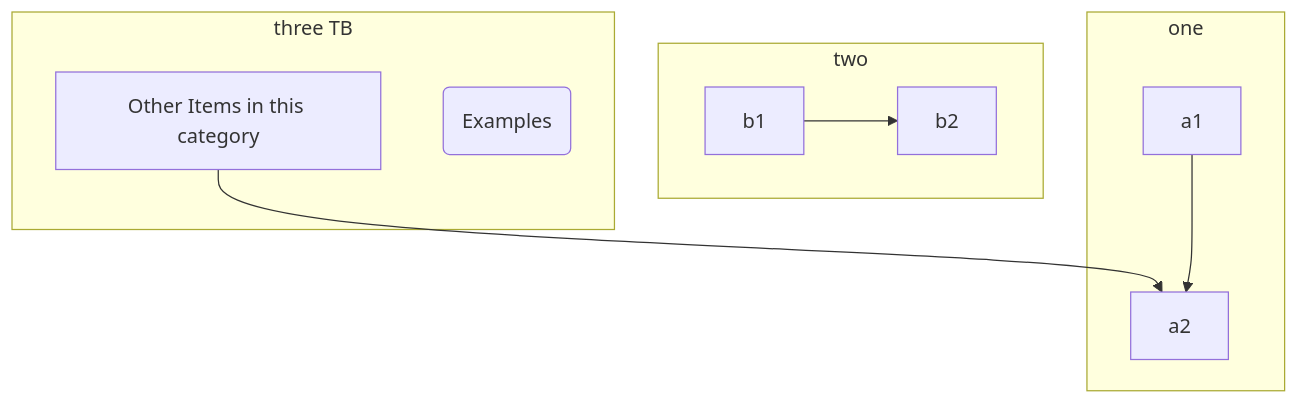
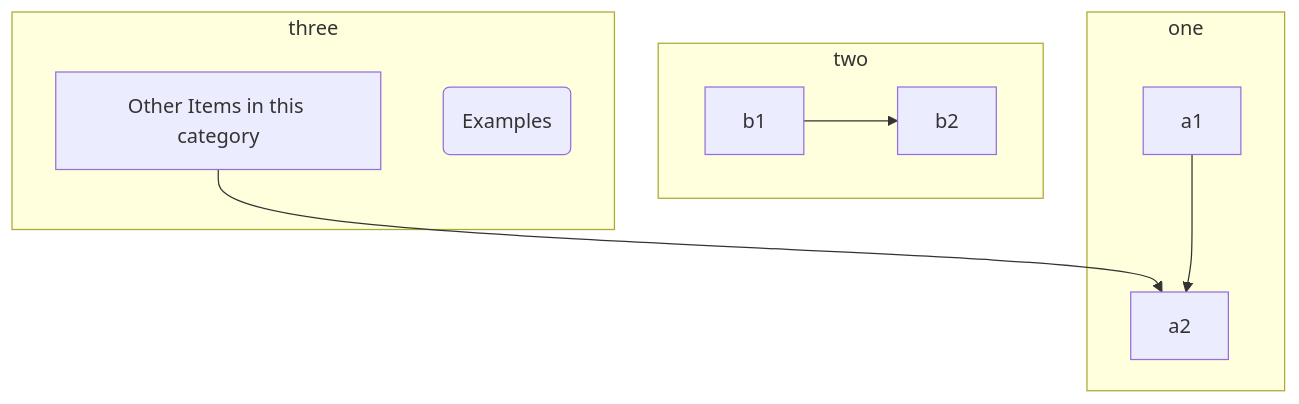
Before and after one commit to gerbssusd/dok: the diagram in slides.md, drawn with Mermaid.

````diff
--- a/slides.md
+++ b/slides.md
@@ -217,20 +217,20 @@
 ```mermaid
 flowchart TB
     c1-->a2
     subgraph one
     a1-->a2
     end
     subgraph two
     b1-->b2
     end
-    subgraph three TB
+    subgraph three 
     c1[Other Items in this category] 
     c2(Examples)
     end
 
 
 
 
 
 
 ```
````
